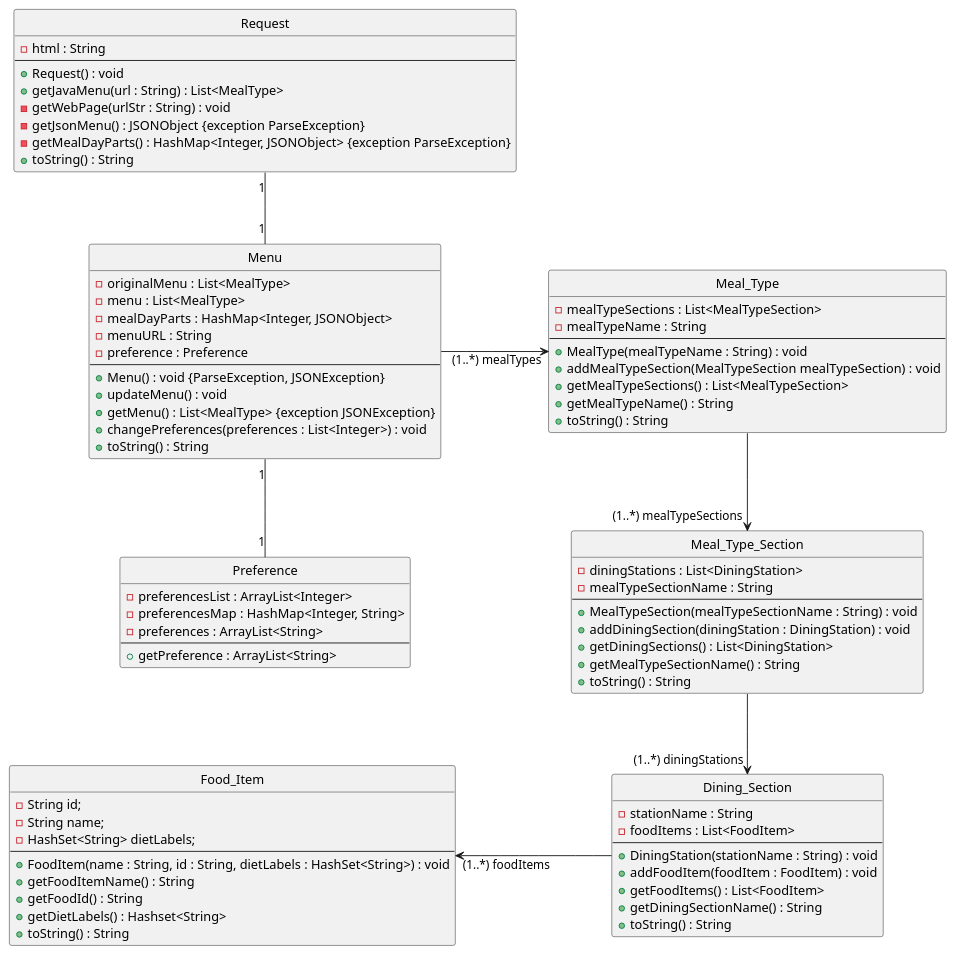
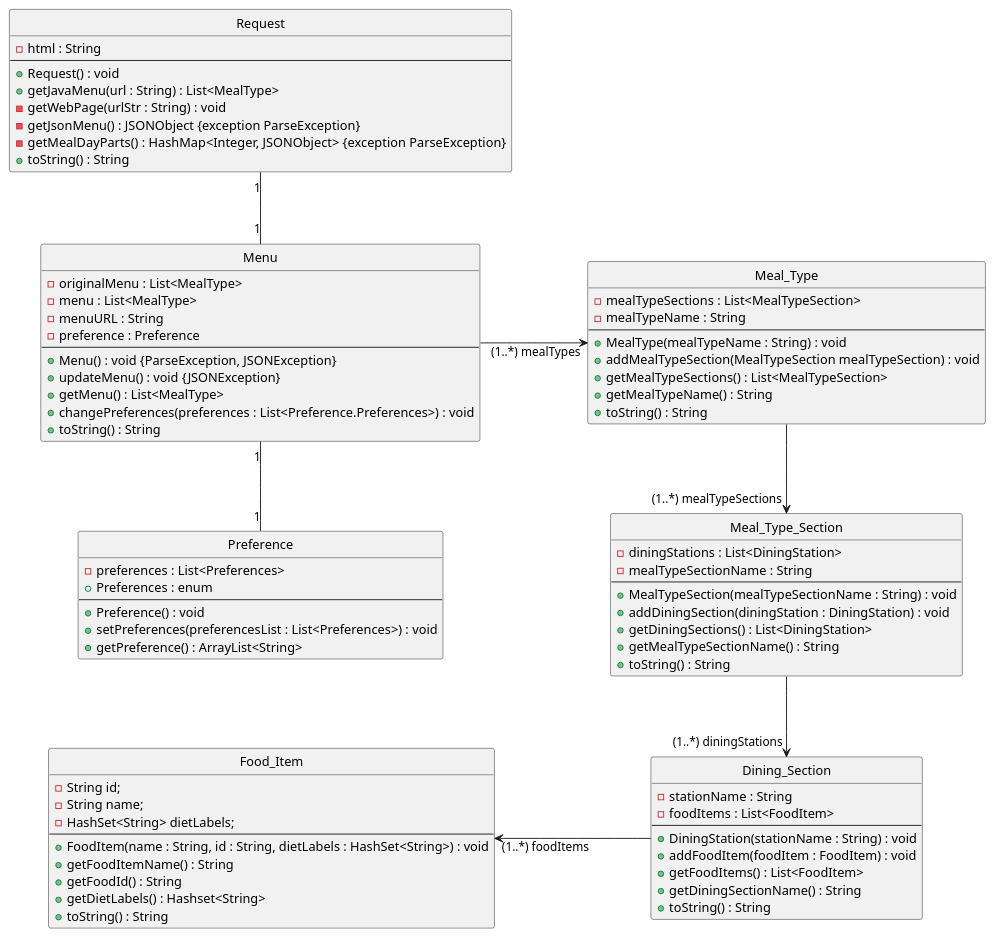
Before and after one commit to EzekielEkanem/team-1d: the diagram in intellij/doc/class-diagram.md, drawn with PlantUML.

Commit message:
Updated class diagram to reflect Preference and Menu class changes

```diff
--- a/intellij/doc/class-diagram.md
+++ b/intellij/doc/class-diagram.md
@@ -7,14 +7,13 @@
 class Menu{
 -originalMenu : List<MealType>
 -menu : List<MealType>
--mealDayParts : HashMap<Integer, JSONObject>
 -menuURL : String
 -preference : Preference
 --
 +Menu() : void {ParseException, JSONException}
-+updateMenu() : void
-+getMenu() : List<MealType> {exception JSONException}
-+changePreferences(preferences : List<Integer>) : void
++updateMenu() : void {JSONException}
++getMenu() : List<MealType> 
++changePreferences(preferences : List<Preference.Preferences>) : void
 +toString() : String
 }
 
@@ -42,11 +41,12 @@
 }
 
 class Preference {
--preferencesList : ArrayList<Integer>
--preferencesMap : HashMap<Integer, String>
--preferences : ArrayList<String>
+- preferences : List<Preferences>
++ Preferences : enum
 --
-+getPreference : ArrayList<String>
++Preference() : void
++setPreferences(preferencesList : List<Preferences>) : void
++getPreference() : ArrayList<String>
 }
 
 class Meal_Type {
```
